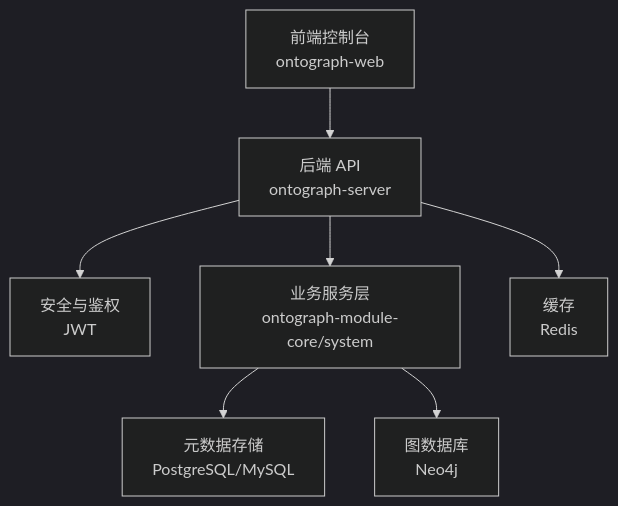
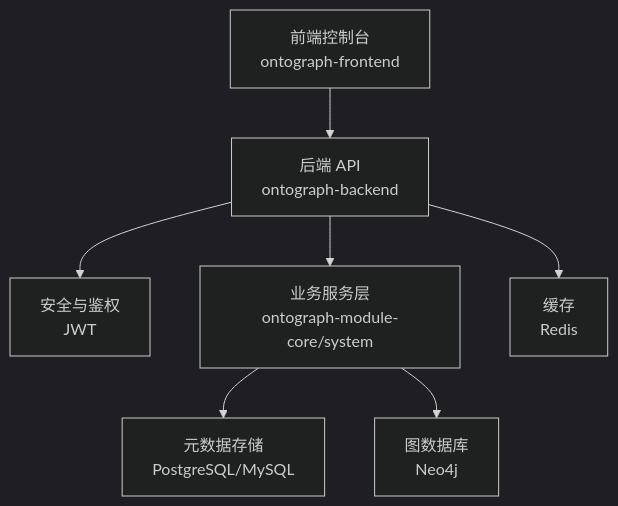
The second of 5 diagrams in docs/manual/快速开始.md (joezxh/graphiti-java), drawn with Mermaid (dark theme) before and after one commit. The commit also changed other lines of this file and 27389 other files, not shown here.

Commit message:
refactor: 将 ontograph-web 重命名为 ontograph-frontend

````diff
--- a/docs/manual/快速开始.md
+++ b/docs/manual/快速开始.md
@@ -101,9 +101,9 @@
 ```mermaid
 graph TB
-UI["前端控制台<br/>ontograph-web"] --> API["后端 API<br/>ontograph-server"]
+UI["前端控制台<br/>ontograph-frontend"] --> API["后端 API<br/>ontograph-backend"]
 API --> SEC["安全与鉴权<br/>JWT"]
 API --> SVC["业务服务层<br/>ontograph-module-core/system"]
 SVC --> DB["元数据存储<br/>PostgreSQL/MySQL"]
 SVC --> N4J["图数据库<br/>Neo4j"]
 API --> CACHE["缓存<br/>Redis"]
 ```
````
